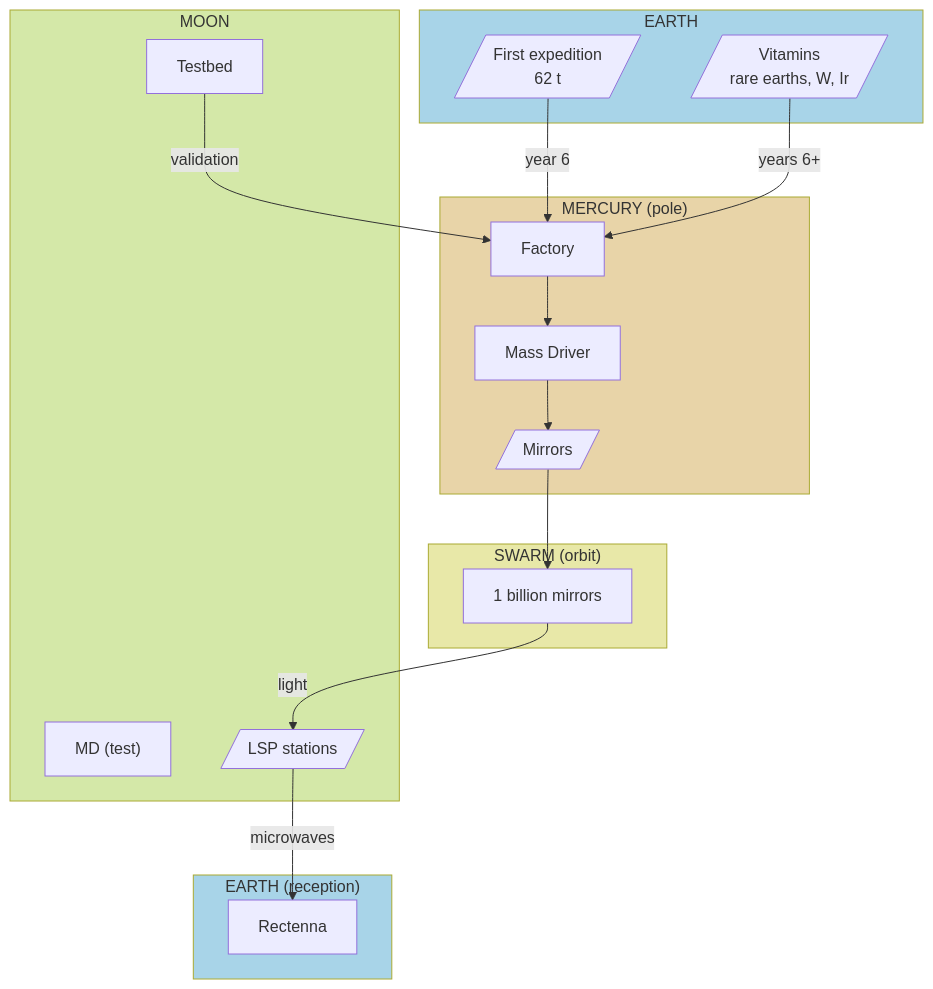
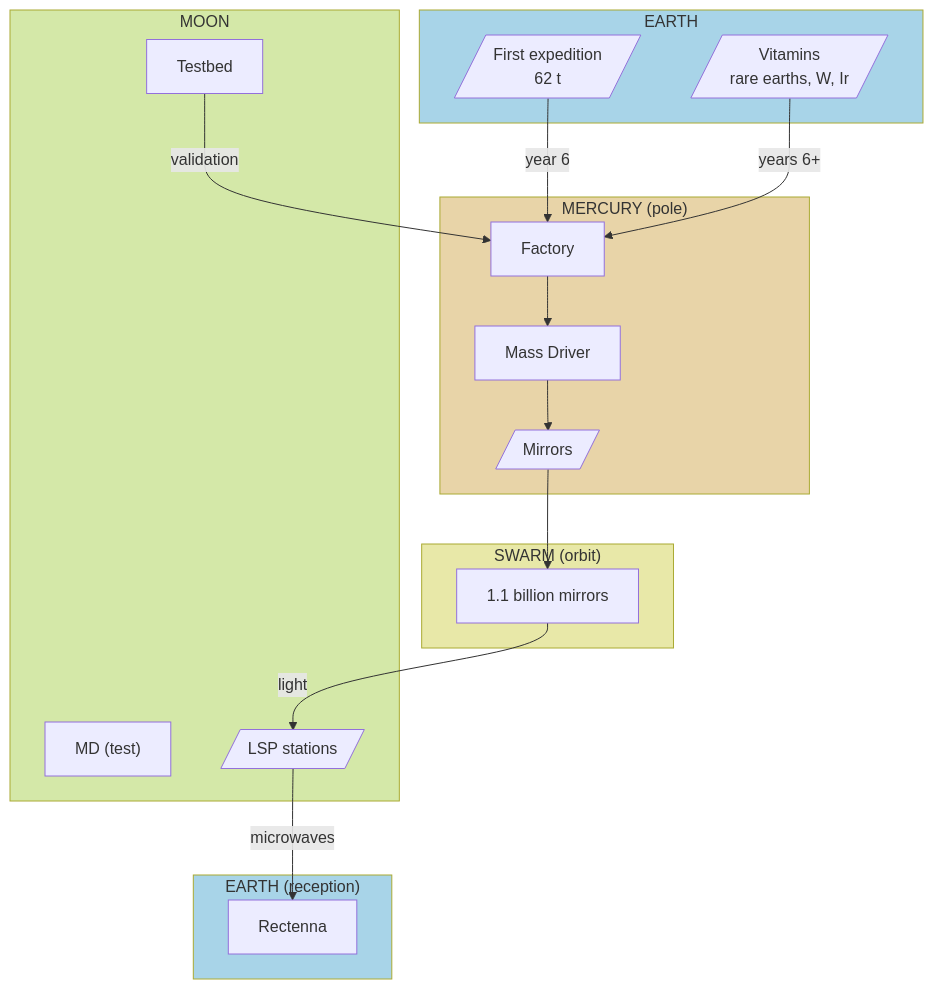
Before and after one commit to DmitryNasikanov/infinite-energy: the seventh of 7 diagrams in en/science/summaries/production.qmd, drawn with Mermaid. The commit also changed other lines of this file and 15 other files, not shown here.

````diff
--- a/en/science/summaries/production.qmd
+++ b/en/science/summaries/production.qmd
@@ -879,43 +879,43 @@
 ```{mermaid}
 flowchart TD
     subgraph EARTH["EARTH"]
         E1[/"First expedition<br/>62 t"/]
         E2[/"Vitamins<br/>rare earths, W, Ir"/]
     end
 
     subgraph MERCURY["MERCURY (pole)"]
         M1["Factory"]
         M2["Mass Driver"]
         M3[/"Mirrors"/]
     end
 
     subgraph SWARM["SWARM (orbit)"]
-        R1["1 billion mirrors"]
+        R1["1.1 billion mirrors"]
     end
 
     subgraph MOON["MOON"]
         L1["Testbed"]
         L2["MD (test)"]
         L3[/"LSP stations"/]
     end
 
     subgraph EARTH2["EARTH (reception)"]
         H1["Rectenna"]
     end
 
     E1 -->|"year 6"| M1
     E2 -->|"years 6+"| M1
     M1 --> M2
     M2 --> M3
     M3 --> R1
     R1 -->|"light"| L3
     L3 -->|"microwaves"| H1
 
     L1 -->|"validation"| M1
 
     style EARTH fill:#a8d4e8
     style EARTH2 fill:#a8d4e8
     style MERCURY fill:#e8d4a8
     style SWARM fill:#e8e8a8
     style MOON fill:#d4e8a8
 ```
````
